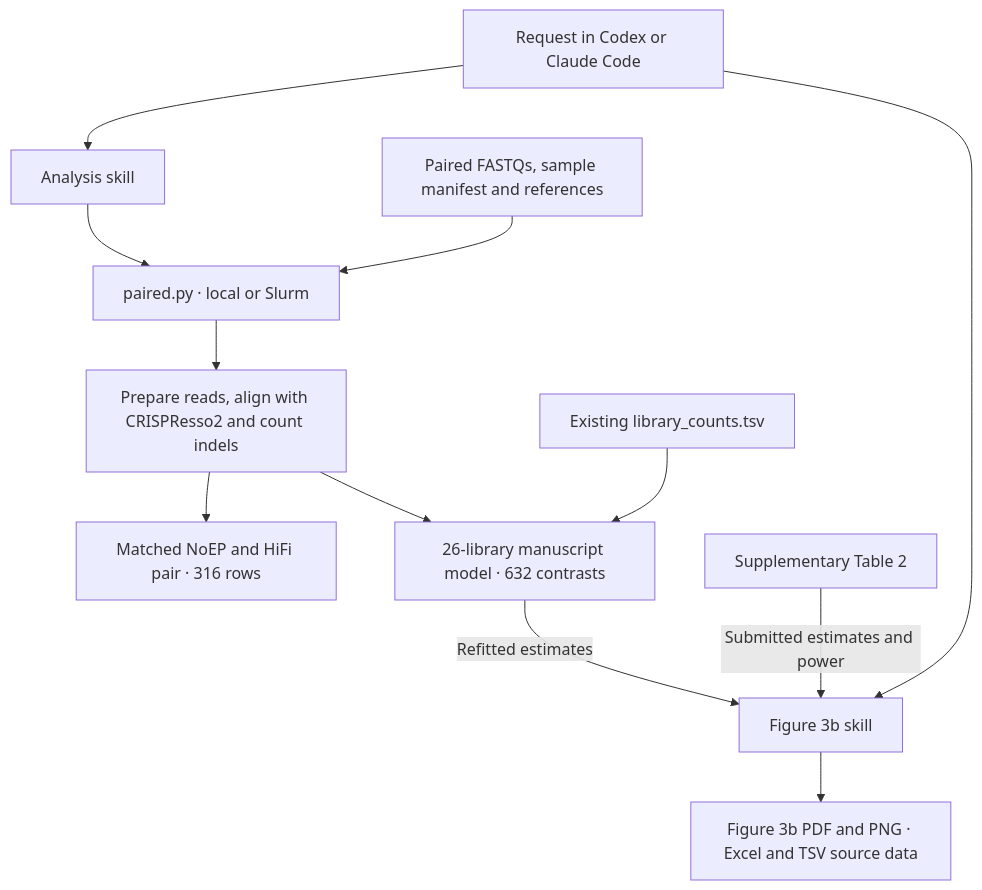
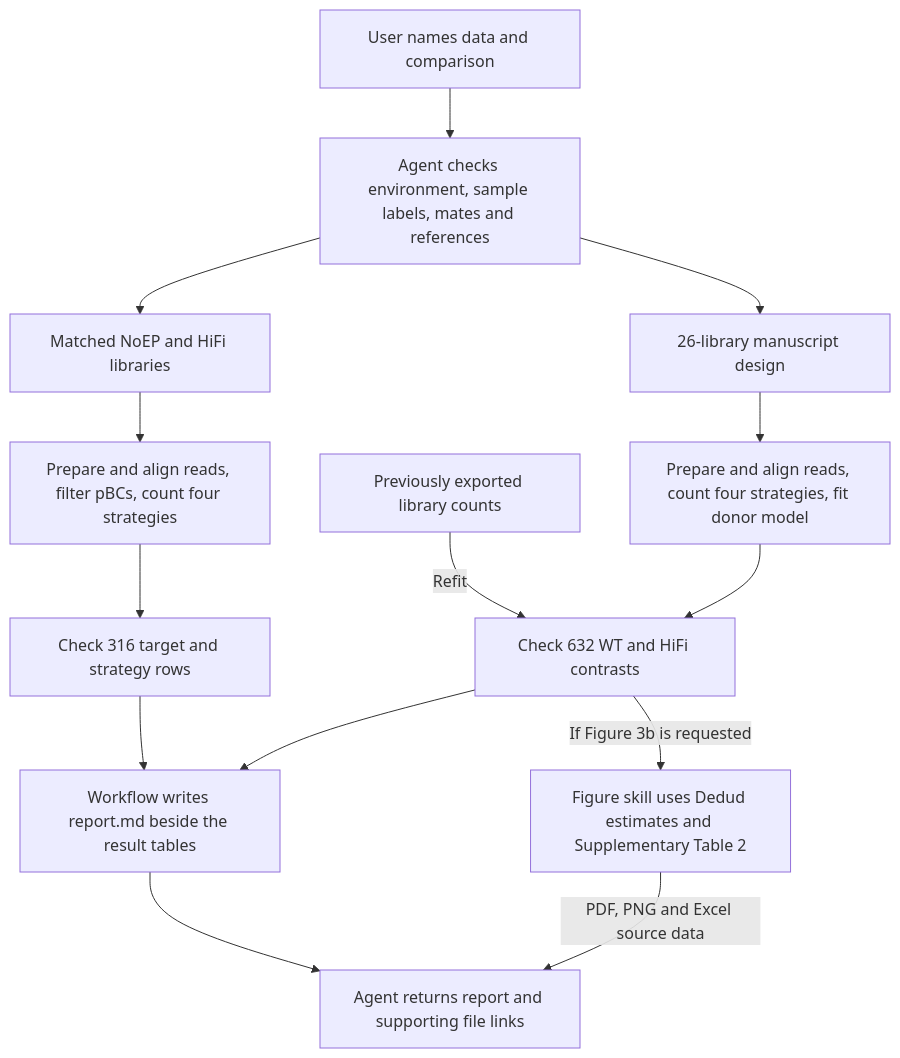
Before and after one commit to JasonLinjc/ABSOLVE-seq-agent: the diagram in README.md, drawn with Mermaid. The commit also changed other lines of this file and 7 other files, not shown here.

````diff
--- a/README.md
+++ b/README.md
@@ -67,14 +67,16 @@
 ```mermaid
 flowchart TD
-    request["Request in Codex or Claude Code"] --> analysis["Analysis skill"]
-    request --> figure["Figure 3b skill"]
-    analysis --> workflow["paired.py · local or Slurm"]
-    inputs["Paired FASTQs, sample manifest and references"] --> workflow
-    workflow --> counts["Prepare reads, align with CRISPResso2 and count indels"]
-    counts --> pair["Matched NoEP and HiFi pair · 316 rows"]
-    counts --> model["26-library manuscript model · 632 contrasts"]
-    frozen["Existing library_counts.tsv"] --> model
-    model -->|Refitted estimates| figure
-    workbook["Supplementary Table 2"] -->|Submitted estimates and power| figure
-    figure --> output["Figure 3b PDF and PNG · Excel and TSV source data"]
+    request["User names data and comparison"] --> inputs["Agent checks environment, sample labels, mates and references"]
+    inputs --> pair["Matched NoEP and HiFi libraries"]
+    inputs --> cohort["26-library manuscript design"]
+    pair --> paired["Prepare and align reads, filter pBCs, count four strategies"]
+    cohort --> model["Prepare and align reads, count four strategies, fit donor model"]
+    frozen["Previously exported library counts"] -->|Refit| fitted["Check 632 WT and HiFi contrasts"]
+    model --> fitted
+    paired --> checked["Check 316 target and strategy rows"]
+    checked --> report["Workflow writes report.md beside the result tables"]
+    fitted --> report
+    fitted -->|If Figure 3b is requested| fig["Figure skill uses Dedud estimates and Supplementary Table 2"]
+    report --> deliver["Agent returns report and supporting file links"]
+    fig -->|PDF, PNG and Excel source data| deliver
 ```
````
